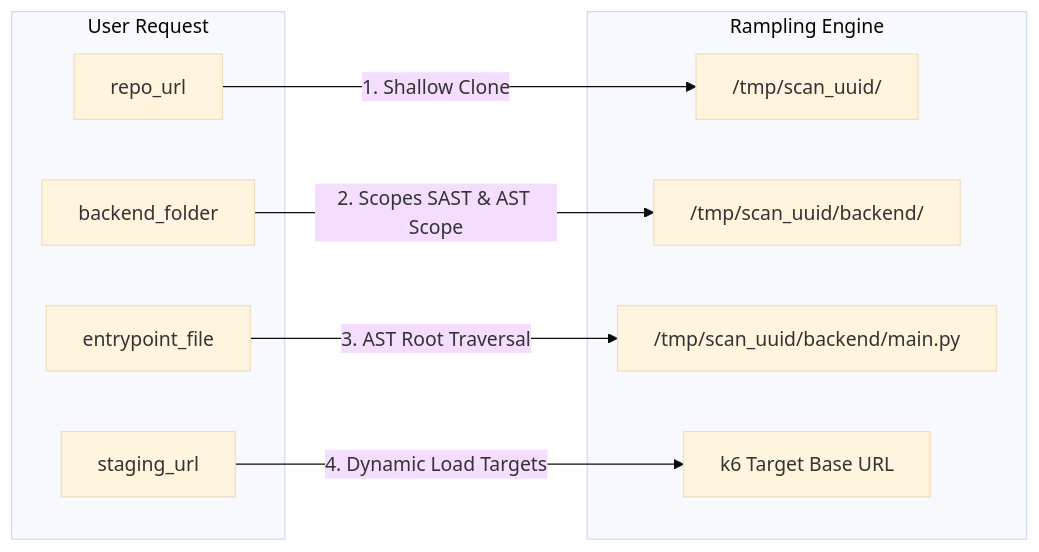
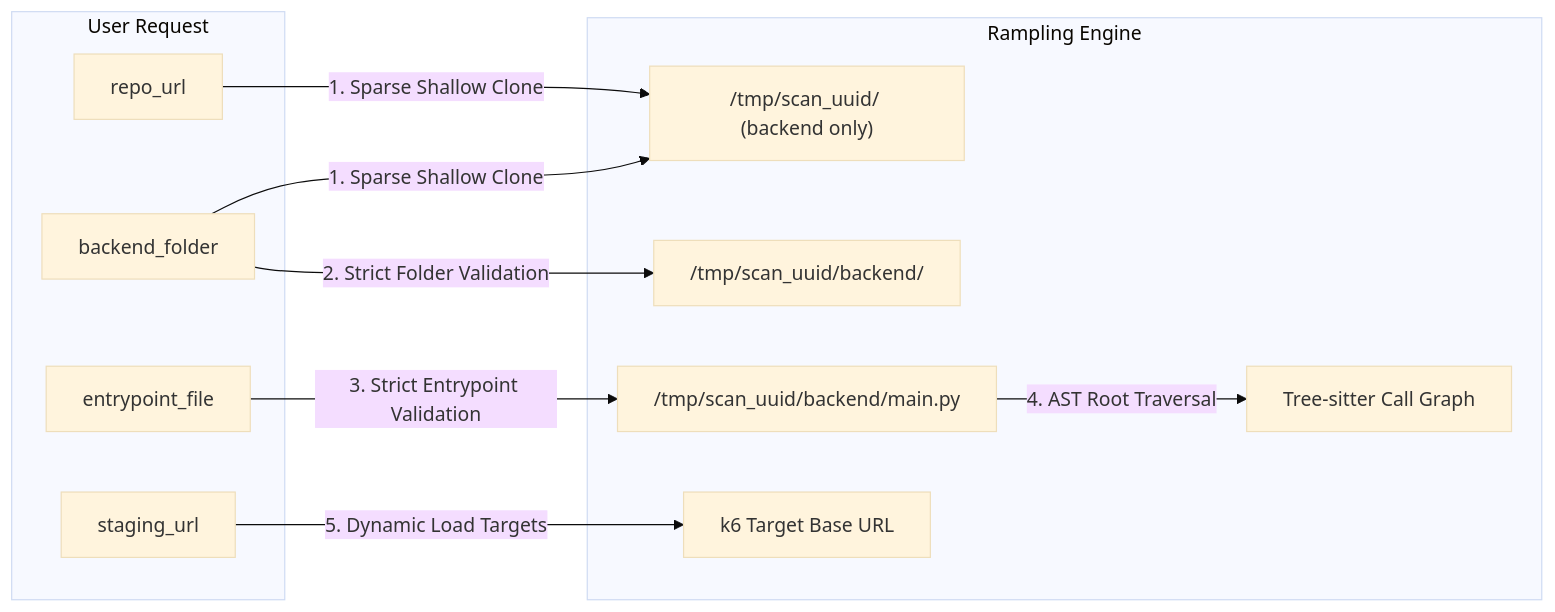
The first of 3 diagrams in memory.md (Shreyasnalle/Rampling), drawn with Mermaid (base theme) before and after one commit. The commit also changed other lines of this file and 5 other files, not shown here.

Commit message:
strict entrypoint file checks

````diff
--- a/memory.md
+++ b/memory.md
@@ -33,16 +33,17 @@
 ```mermaid
 flowchart LR
     subgraph Inputs["User Request"]
         R["repo_url"]
         B["backend_folder"]
         E["entrypoint_file"]
         S["staging_url"]
     end
 
     subgraph Actions["Rampling Engine"]
-        R -->|1. Shallow Clone| Clone["/tmp/scan_uuid/"]
-        B -->|2. Scopes SAST & AST Scope| TargetDir["/tmp/scan_uuid/backend/"]
-        E -->|3. AST Root Traversal| Entrypoint["/tmp/scan_uuid/backend/main.py"]
-        S -->|4. Dynamic Load Targets| K6Runner["k6 Target Base URL"]
+        R & B -->|1. Sparse Shallow Clone| Clone["/tmp/scan_uuid/ (backend only)"]
+        B -->|2. Strict Folder Validation| TargetDir["/tmp/scan_uuid/backend/"]
+        E -->|3. Strict Entrypoint Validation| Entrypoint["/tmp/scan_uuid/backend/main.py"]
+        Entrypoint -->|4. AST Root Traversal| AST["Tree-sitter Call Graph"]
+        S -->|5. Dynamic Load Targets| K6Runner["k6 Target Base URL"]
     end
 ```
````
